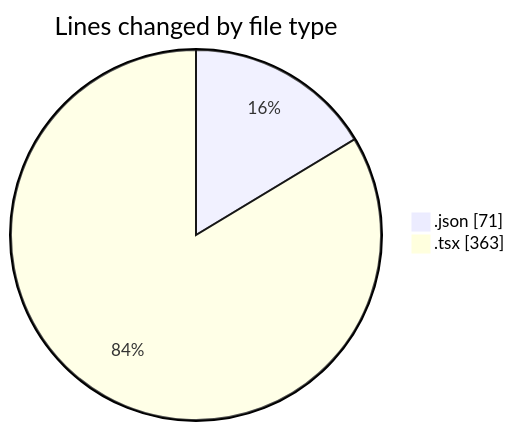
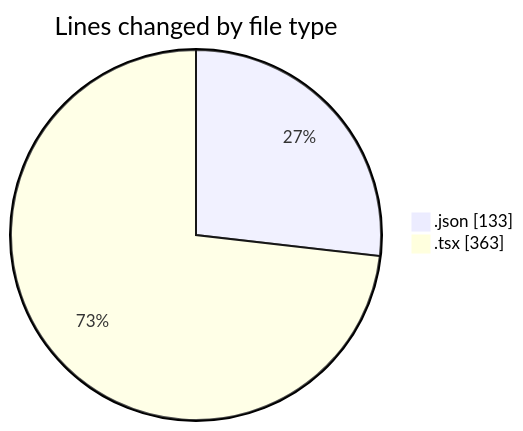
One commit to momahboobian/code-tracking changed the first of 2 diagrams in 2026-01-14/cda/README.md. Above: the diagram before and after it, drawn with Mermaid. The commit also changed other lines of this file and 1 other file, not shown here.

````diff
--- a/2026-01-14/cda/README.md
+++ b/2026-01-14/cda/README.md
@@ -23,6 +24,6 @@
 ```mermaid
 pie showData
 title Lines changed by file type
-".json" : 71
+".json" : 133
 ".tsx" : 363
 ```
````
